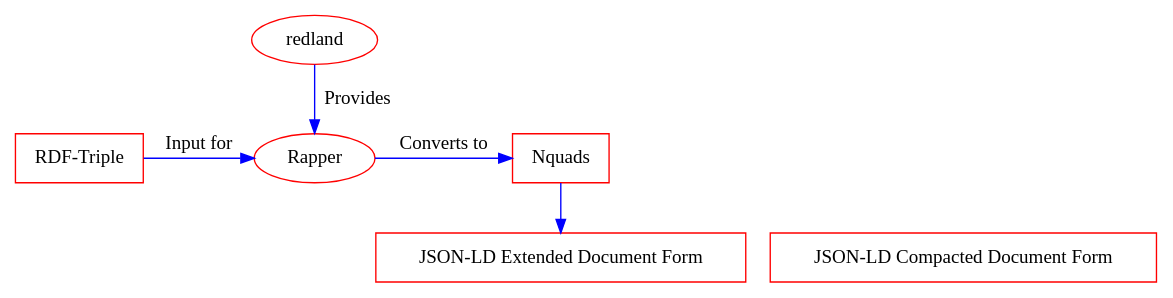
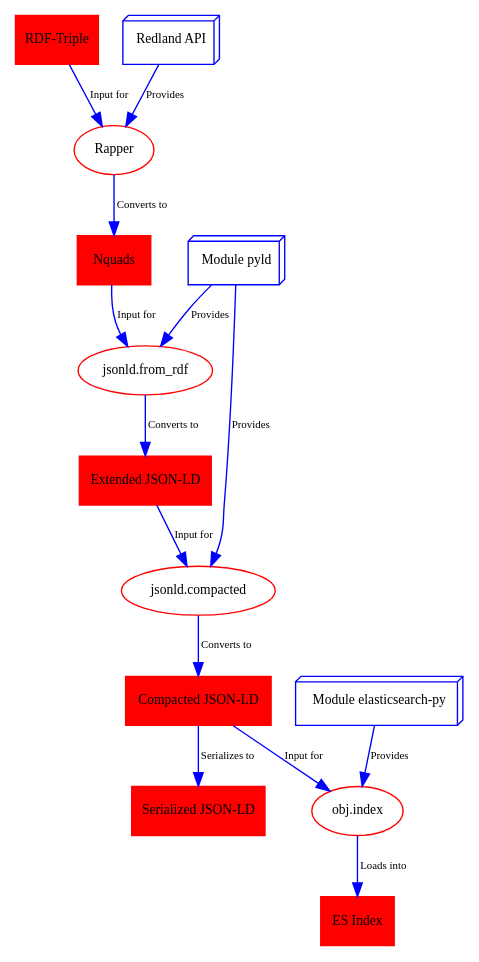
Before and after one commit to linked-swissbib/utilities: the diagram in documentation/workflow.dot, drawn with Graphviz. The commit also changed 2 other files, not shown here.

```diff
--- a/documentation/workflow.dot
+++ b/documentation/workflow.dot
@@ -1,31 +1,57 @@
 digraph workflow {
 
-// rankdir=LR;
-compound=true;
+node [color=Red,  fontname="sans italic", fontsize=10];
+edge [color=Blue, fontname="sans italic", fontsize=8];
+clusterrank="none";
 
-node [color=Red];
-edge [color=Blue];
+subgraph cluster0 {
+	label="rdf2es.py";
+
+	subgraph cluster1 {
+		label="RDF Transformation"; 
+		input [label="RDF-Triple", shape=box, style=filled, fillcolor=Red];
+		rapper [label="Rapper"];
+		nquads [label="Nquads", shape=box, style=filled, fillcolor=Red];
+	}
+
+	subgraph cluster2 {
+		label="JSON-LD Transformation";
+		extended [label="Extended JSON-LD", shape=box, style=filled, fillcolor=Red];
+		compacted [label="Compacted JSON-LD", shape=box, style=filled, fillcolor=Red];
+	}
+
+	subgraph cluster3 {
+		label="JSON-LD Indexing";
+		esindex [label="ES Index", shape=box, style=filled, fillcolor=Red];
+	}
+
+	subgraph cluster4 {
+		label="JSON-LD Serialization";
+		jsonldfile [label="Serialized JSON-LD", shape=box, style=filled, fillcolor=Red];
+	}
+
+}
+
+redland [label="Redland API", shape=box3d, color=blue];
+pyld [label="Module pyld", shape=box3d, color=blue];
+pyes [label="Module elasticsearch-py", shape=box3d, color=blue];
+tojsonld [label="jsonld.from_rdf"];
+exp2com [label="jsonld.compacted"];
+objindex [label="obj.index"];
+
+redland->rapper [label="Provides"];
+pyld->tojsonld [label="Provides"];
+pyld->exp2com [label="Provides"];
+pyes->objindex [label="Provides"];
 
 input->rapper [label="Input for"];
 rapper->nquads [label="Converts to"];
-redland->rapper [label="Provides"]
-nquads->extended
-
-subgraph pyscript {
-label="rdf2es.py";
-subgraph rdftransformation {
-label="RDF Transformation";
-rank=same;
-input [label="RDF-Triple", shape=box];
-rapper [label="Rapper"];
-nquads [label="Nquads", shape=box];
-}
-subgraph jsonldtransformation {
-label="JSON-LD Transformation";
-rank=same;
-extended [label="JSON-LD Extended Document Form", shape=box];
-compacted [label="JSON-LD Compacted Document Form", shape=box];
-}
-}
+nquads->tojsonld [label="Input for"];
+tojsonld->extended [label="Converts to"];
+extended->exp2com [label="Input for"];
+exp2com->compacted [label="Converts to"];
+compacted->objindex [label="Input for"];
+objindex->esindex [label="Loads into"];
+compacted->jsonldfile [label="Serializes to"];
 
 }
```
